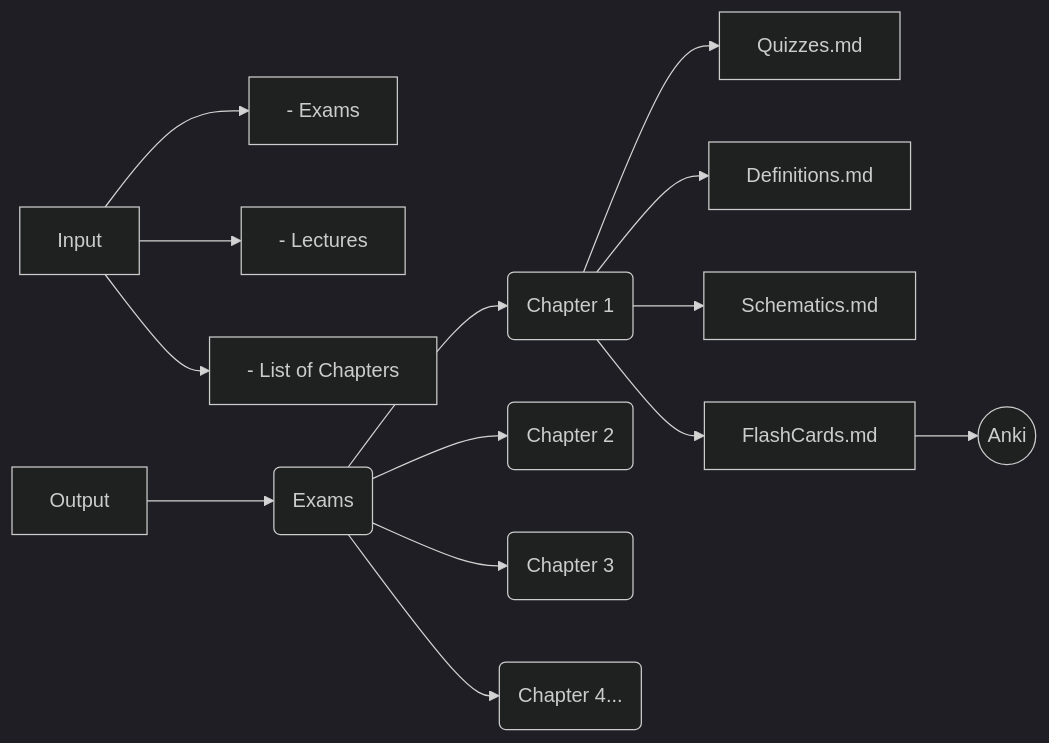
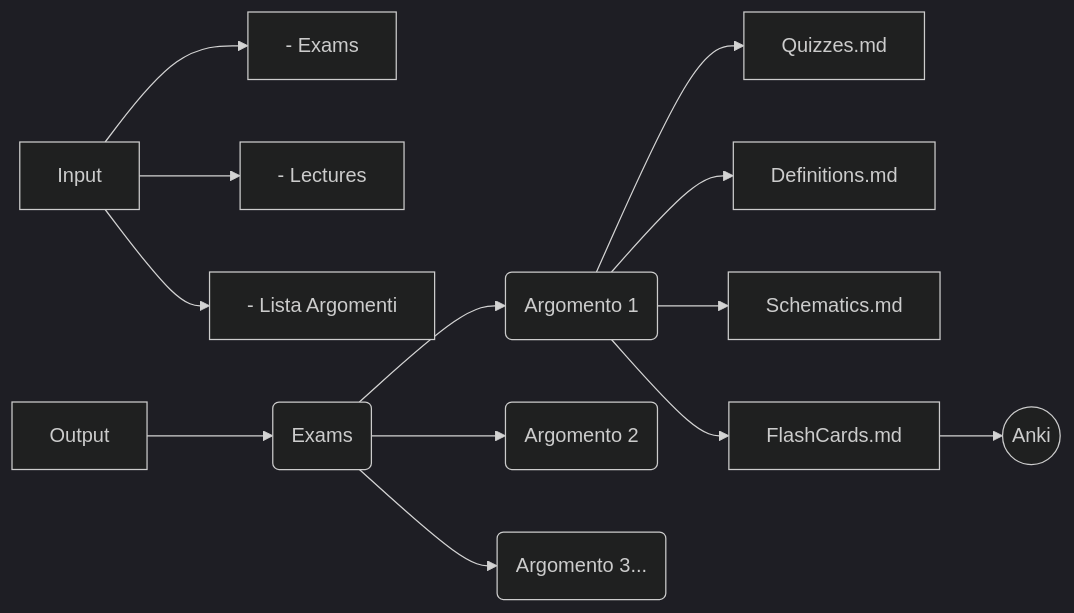
Before and after one commit to P0rkoTh10/Exam-Schematizer-Skill: the second of 5 diagrams in README.md, drawn with Mermaid (dark theme). The commit also changed other lines of this file, not shown here.

Commit message:
Update README with corrected diagrams and element definitions

````diff
--- a/README.md
+++ b/README.md
@@ -18,25 +29,22 @@
 ```mermaid
 graph LR
-    %% Sezione Input
-    Input --> Exams_In[- Exams]
+    %% Input
+    Input --> Exams[- Exams]
     Input --> Lectures[- Lectures]
-    Input --> List[- List of Chapters]
+    Input --> Argomenti[- Lista Argomenti]
 
-    %% Flusso Principale
-    Output --> Exams_Out(Exams)
+    %% Output
+    Output --> Out_Exams(Exams)
+    Out_Exams --> A1(Argomento 1)
+    Out_Exams --> A2(Argomento 2)
+    Out_Exams --> A3(Argomento 3...)
 
-    %% Sotto-capitoli
-    Exams_Out --> Ch1(Chapter 1)
-    Exams_Out --> Ch2(Chapter 2)
-    Exams_Out --> Ch3(Chapter 3)
-    Exams_Out --> Ch4(Chapter 4...)
-
-    %% File di output dal Capitolo 1
-    Ch1 --> Q[Quizzes.md]
-    Ch1 --> D[Definitions.md]
-    Ch1 --> S[Schematics.md]
-    Ch1 --> F[FlashCards.md]
+    %% File per Argomento 1
+    A1 --> Q[Quizzes.md]
+    A1 --> D[Definitions.md]
+    A1 --> S[Schematics.md]
+    A1 --> F[FlashCards.md]
 
     %% Destinazione finale
     F --> Anki((Anki))
 ```
````
